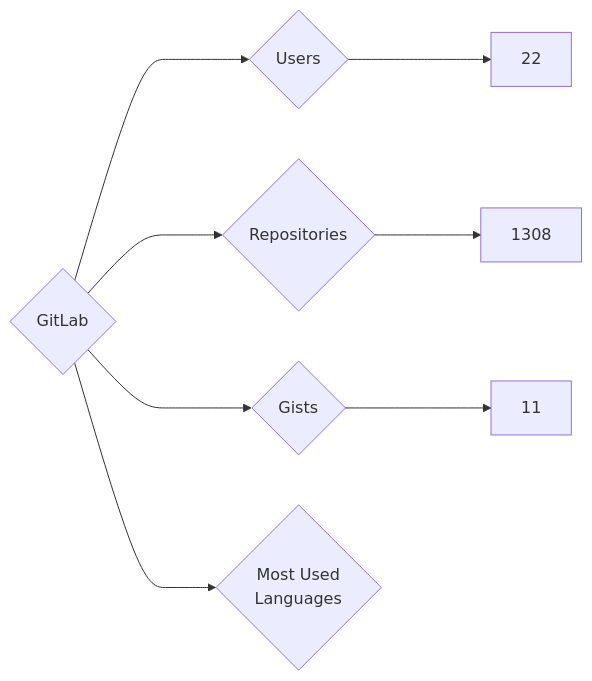
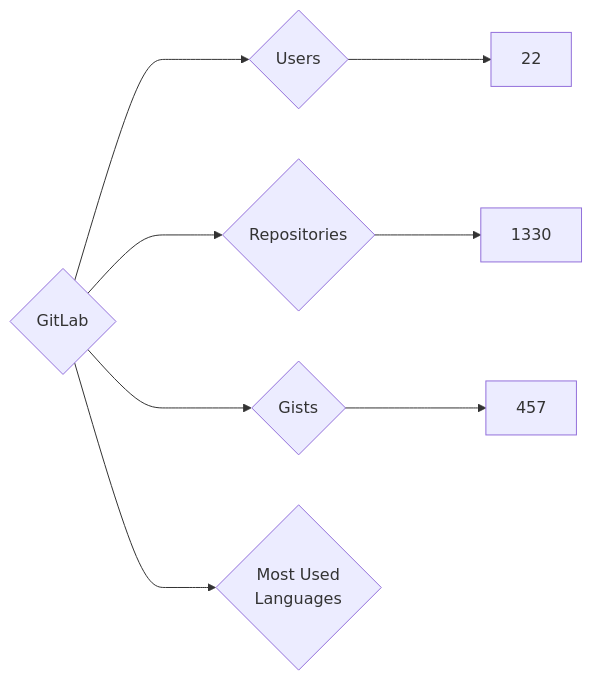
Before and after one commit to nenadzaric/insiders: the diagram in targets/GitLab/README.md, drawn with Mermaid. The commit also changed 1342 other files, not shown here.

````diff
--- a/targets/GitLab/README.md
+++ b/targets/GitLab/README.md
@@ -3,8 +3,8 @@
 ```mermaid
 graph LR
 COMPANY_NAME{GitLab}
 COMPANY_NAME ---> U{Users} ---> UN[22]
-COMPANY_NAME ---> R{Repositories} ---> RN[1308]
-COMPANY_NAME ---> G{Gists} ---> GN[11]
+COMPANY_NAME ---> R{Repositories} ---> RN[1330]
+COMPANY_NAME ---> G{Gists} ---> GN[457]
 COMPANY_NAME ---> ML{Most Used<br>Languages}
 ```
````
